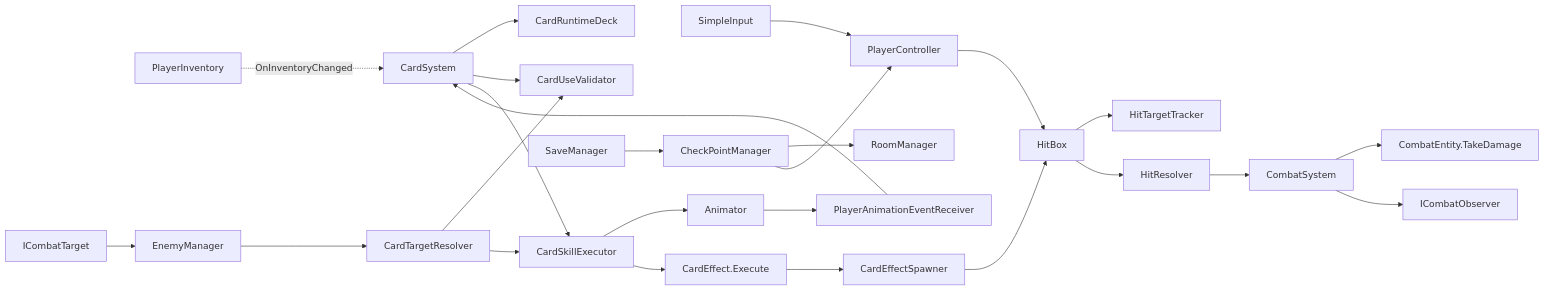
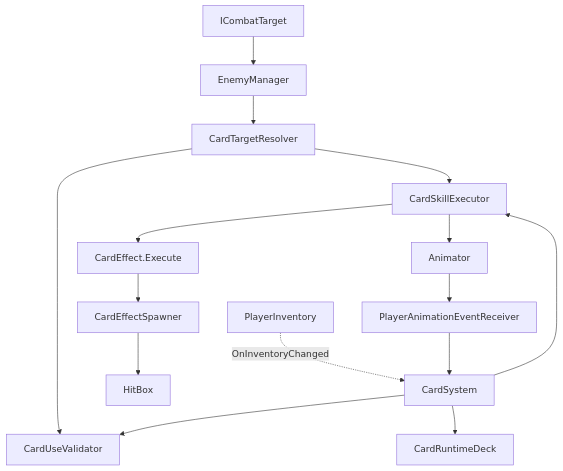
One commit to keeeery/portfolio changed the second of 5 diagrams in src/2-Arcanist/TechDoc_Arcanist.md. Above: the diagram before and after it, drawn with Mermaid. The commit also changed other lines of this file and 11 other files, not shown here.

Commit message:
기술 문서 다이어그램 정리: 세로 배치·복귀 상태 분리, Folk Sack 구조도 지형 연결 맞추기, 주요 패키지 바로잡기

````diff
--- a/src/2-Arcanist/TechDoc_Arcanist.md
+++ b/src/2-Arcanist/TechDoc_Arcanist.md
@@ -58,27 +76,17 @@
 ```mermaid
-flowchart LR
-    Input[SimpleInput] --> Player[PlayerController]
-    Player --> Hit[HitBox]
-    Hit --> Tracker[HitTargetTracker]
-    Hit --> Resolver[HitResolver]
-    Resolver --> Combat[CombatSystem]
-    Combat --> Entity[CombatEntity.TakeDamage]
-    Combat --> Observer[ICombatObserver]
+flowchart TB
+    Targets[ICombatTarget] --> Enemy[EnemyManager]
+    Enemy --> TargetResolver[CardTargetResolver]
     Inventory[PlayerInventory] -.OnInventoryChanged.-> Card[CardSystem]
+    TargetResolver --> Validator[CardUseValidator]
+    Card --> Validator
+    TargetResolver --> Executor[CardSkillExecutor]
+    Card --> Executor
     Card --> Deck[CardRuntimeDeck]
-    Card --> Validator[CardUseValidator]
-    Card --> Executor[CardSkillExecutor]
     Executor --> Motion[Animator]
     Motion --> Receiver[PlayerAnimationEventReceiver]
     Receiver --> Card
     Executor --> Effect[CardEffect.Execute]
     Effect --> Pool[CardEffectSpawner]
-    Pool --> Hit
-    Targets[ICombatTarget] --> Enemy[EnemyManager]
-    Enemy --> TargetResolver[CardTargetResolver]
-    TargetResolver --> Validator
-    TargetResolver --> Executor
-    Save[SaveManager] --> Check[CheckPointManager]
-    Check --> Room[RoomManager]
-    Check --> Player
+    Pool --> Hit[HitBox]
 ```
````
